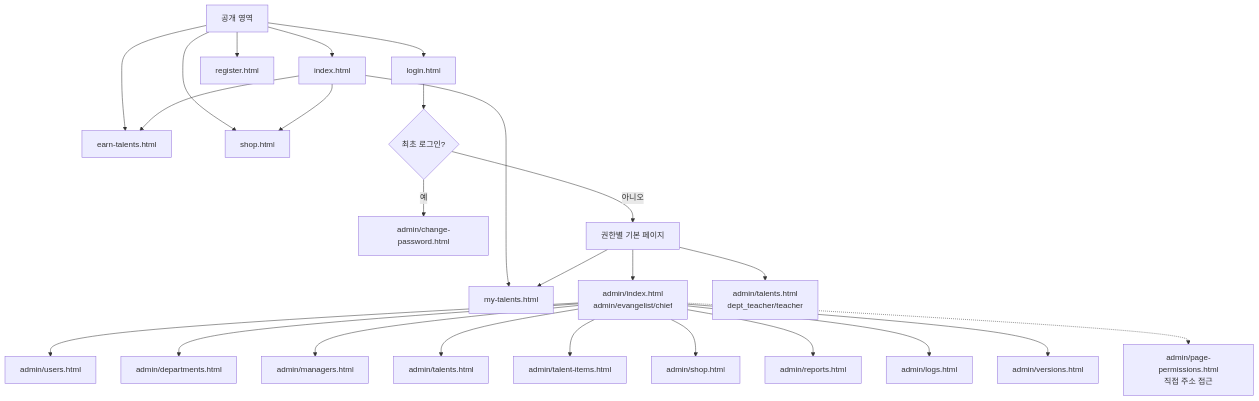
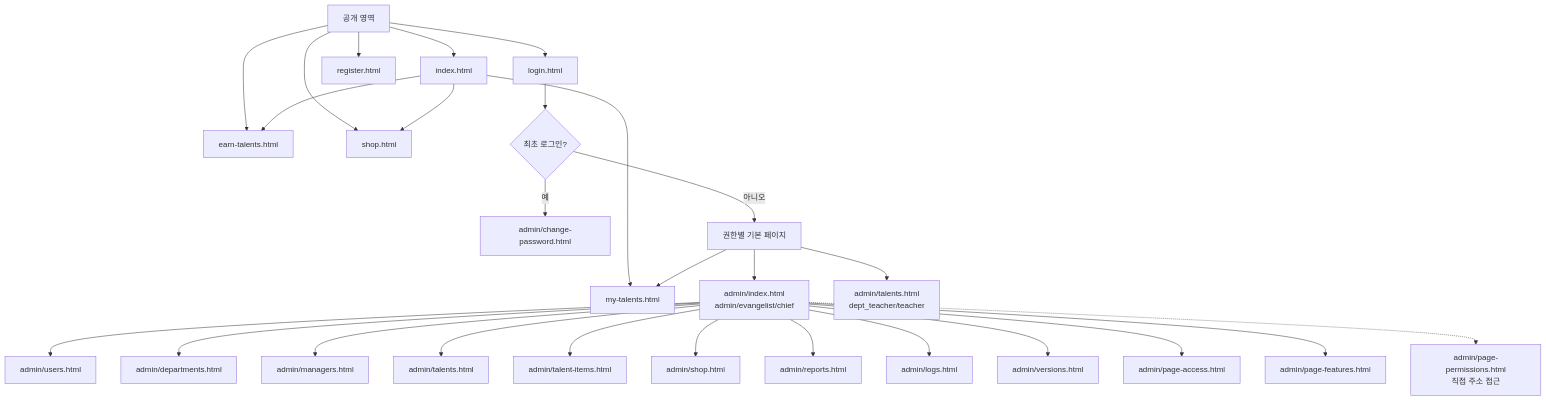
Before and after one commit to CHO-Talents/CHO-Talents: the first of 6 diagrams in README.md, drawn with Mermaid. The commit also changed other lines of this file and 26 other files, not shown here.

````diff
--- a/README.md
+++ b/README.md
@@ -95,30 +99,32 @@
 ```mermaid
 flowchart TD
   Public["공개 영역"] --> Home["index.html"]
   Public --> Earn["earn-talents.html"]
   Public --> Shop["shop.html"]
   Public --> Login["login.html"]
   Public --> Register["register.html"]
 
   Home --> Earn
   Home --> Shop
   Home --> MyTalents["my-talents.html"]
   Login --> FirstLogin{"최초 로그인?"}
   FirstLogin -->|예| ChangePassword["admin/change-password.html"]
   FirstLogin -->|아니오| Redirect["권한별 기본 페이지"]
 
   Redirect --> AdminDash["admin/index.html<br/>admin/evangelist/chief"]
   Redirect --> DeptTalent["admin/talents.html<br/>dept_teacher/teacher"]
   Redirect --> MyTalents
 
   AdminDash --> Users["admin/users.html"]
   AdminDash --> Departments["admin/departments.html"]
   AdminDash --> Managers["admin/managers.html"]
   AdminDash --> Talents["admin/talents.html"]
   AdminDash --> TalentItems["admin/talent-items.html"]
   AdminDash --> AdminShop["admin/shop.html"]
   AdminDash --> Reports["admin/reports.html"]
   AdminDash --> Logs["admin/logs.html"]
   AdminDash --> Versions["admin/versions.html"]
+  AdminDash --> PageAccess["admin/page-access.html"]
+  AdminDash --> PageFeatures["admin/page-features.html"]
   AdminDash -.-> PagePerms["admin/page-permissions.html<br/>직접 주소 접근"]
 ```
````
